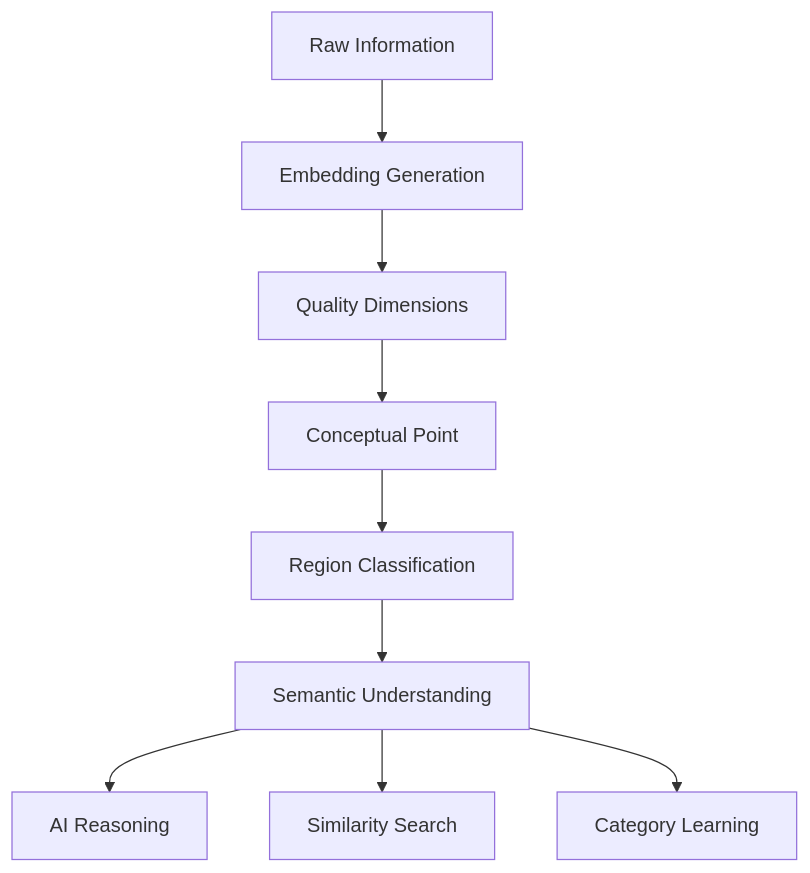
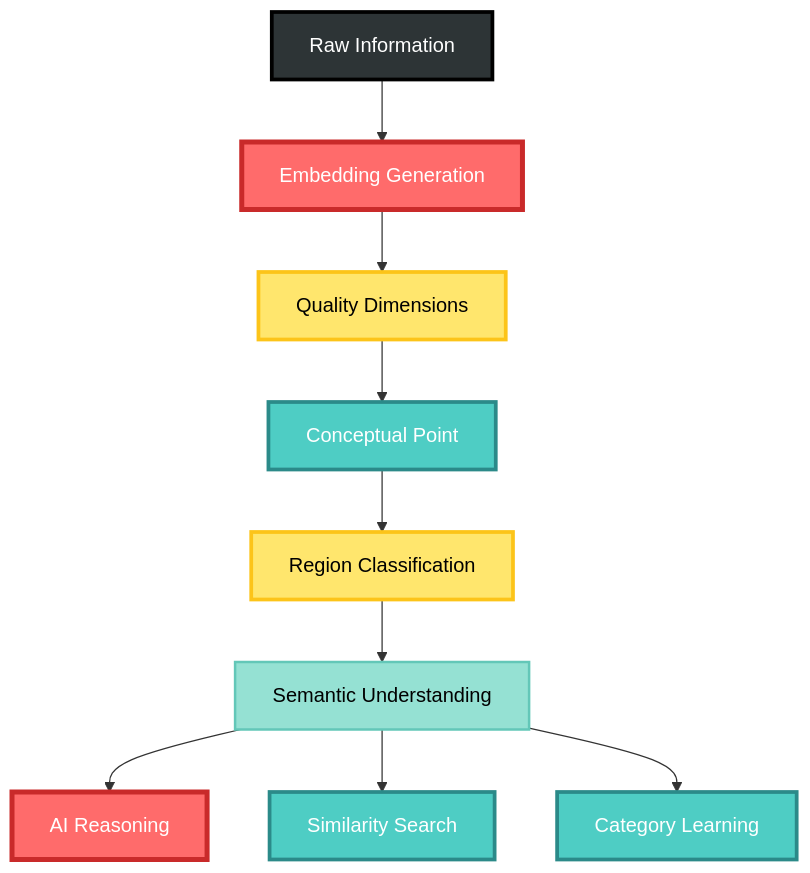
Before and after one commit to TheCowboyAI/cim: the fourth of 6 diagrams in doc/cim_comprehensive_manual.md, drawn with Mermaid. The commit also changed other lines of this file and 12 other files, not shown here.

````diff
--- a/doc/cim_comprehensive_manual.md
+++ b/doc/cim_comprehensive_manual.md
@@ -239,12 +276,23 @@
 ```mermaid
 graph TD
     A[Raw Information] --> B[Embedding Generation]
     B --> C[Quality Dimensions]
     C --> D[Conceptual Point]
     D --> E[Region Classification]
     E --> F[Semantic Understanding]
     
     F --> G[AI Reasoning]
     F --> H[Similarity Search]
     F --> I[Category Learning]
+    
+    %% Styling - information processing flow
+    style A fill:#2D3436,stroke:#000,stroke-width:3px,color:#FFF
+    style B fill:#FF6B6B,stroke:#C92A2A,stroke-width:4px,color:#FFF
+    style C fill:#FFE66D,stroke:#FCC419,stroke-width:3px,color:#000
+    style D fill:#4ECDC4,stroke:#2B8A89,stroke-width:3px,color:#FFF
+    style E fill:#FFE66D,stroke:#FCC419,stroke-width:3px,color:#000
+    style F fill:#95E1D3,stroke:#63C7B8,stroke-width:2px,color:#000
+    style G fill:#FF6B6B,stroke:#C92A2A,stroke-width:4px,color:#FFF
+    style H fill:#4ECDC4,stroke:#2B8A89,stroke-width:3px,color:#FFF
+    style I fill:#4ECDC4,stroke:#2B8A89,stroke-width:3px,color:#FFF
 ```
````
